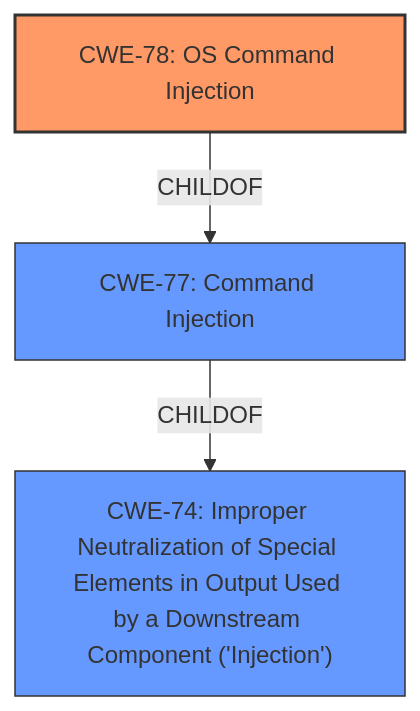
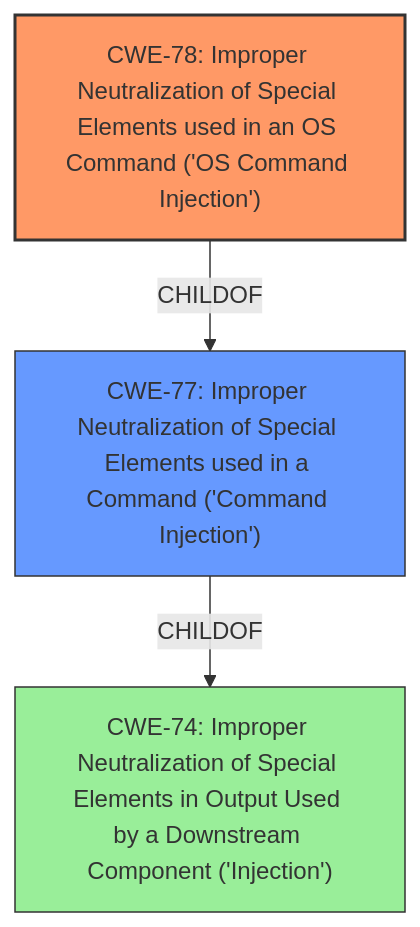
The diagram in CVE-2021-21315/CVE-2021-21315_analysis.md (CyberSecAI/cwe_agent_assign_reports_2023), drawn with Mermaid before and after one commit. The commit also changed other lines of this file and 902 other files, not shown here.

````diff
--- a/CVE-2021-21315/CVE-2021-21315_analysis.md
+++ b/CVE-2021-21315/CVE-2021-21315_analysis.md
@@ -16,15 +16,16 @@
 ```mermaid
 graph TD
-    cwe78["CWE-78: OS Command Injection"]
-    cwe77["CWE-77: Command Injection"]
+    cwe78["CWE-78: Improper Neutralization of Special Elements used in an OS Command ('OS Command Injection')"]
+    cwe77["CWE-77: Improper Neutralization of Special Elements used in a Command ('Command Injection')"]
     cwe74["CWE-74: Improper Neutralization of Special Elements in Output Used by a Downstream Component ('Injection')"]
 
     cwe78 -->|CHILDOF| cwe77
     cwe77 -->|CHILDOF| cwe74
-
+    
     classDef primary fill:#f96,stroke:#333,stroke-width:2px
     classDef secondary fill:#69f,stroke:#333
     classDef tertiary fill:#9e9,stroke:#333
     class cwe78 primary
-    class cwe77,cwe74 secondary
+    class cwe77 secondary
+    class cwe74 tertiary
 ```
````
